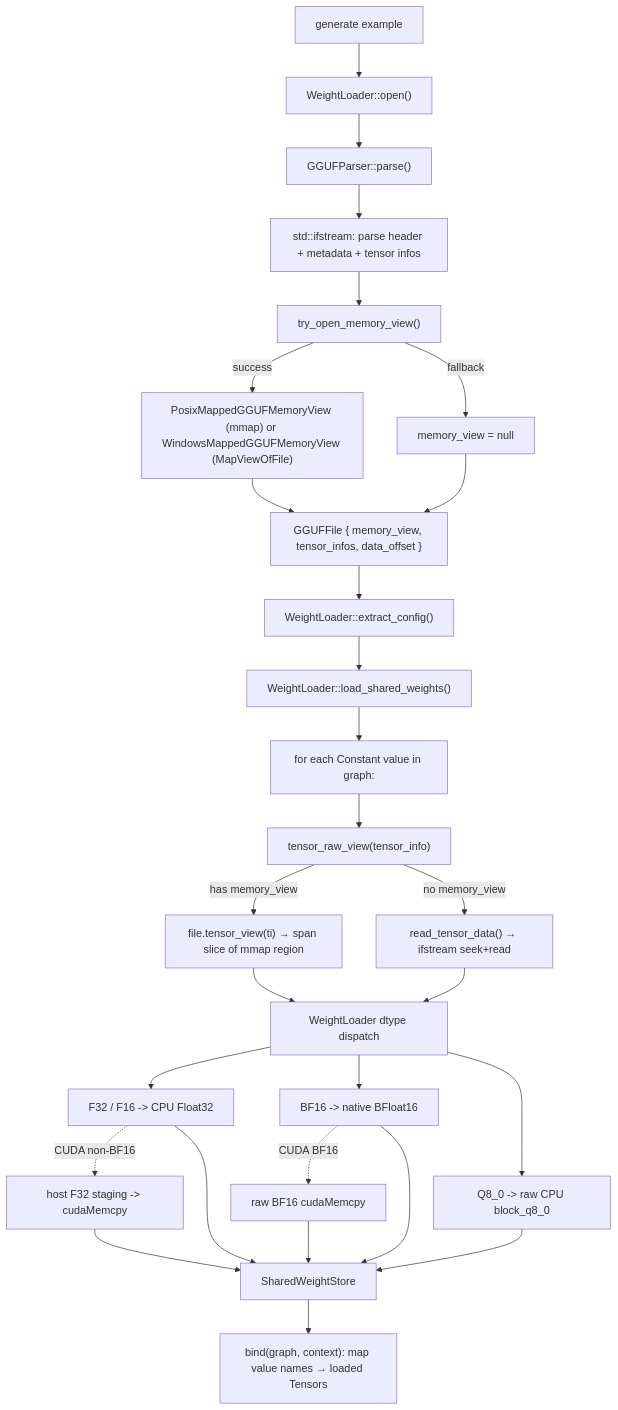
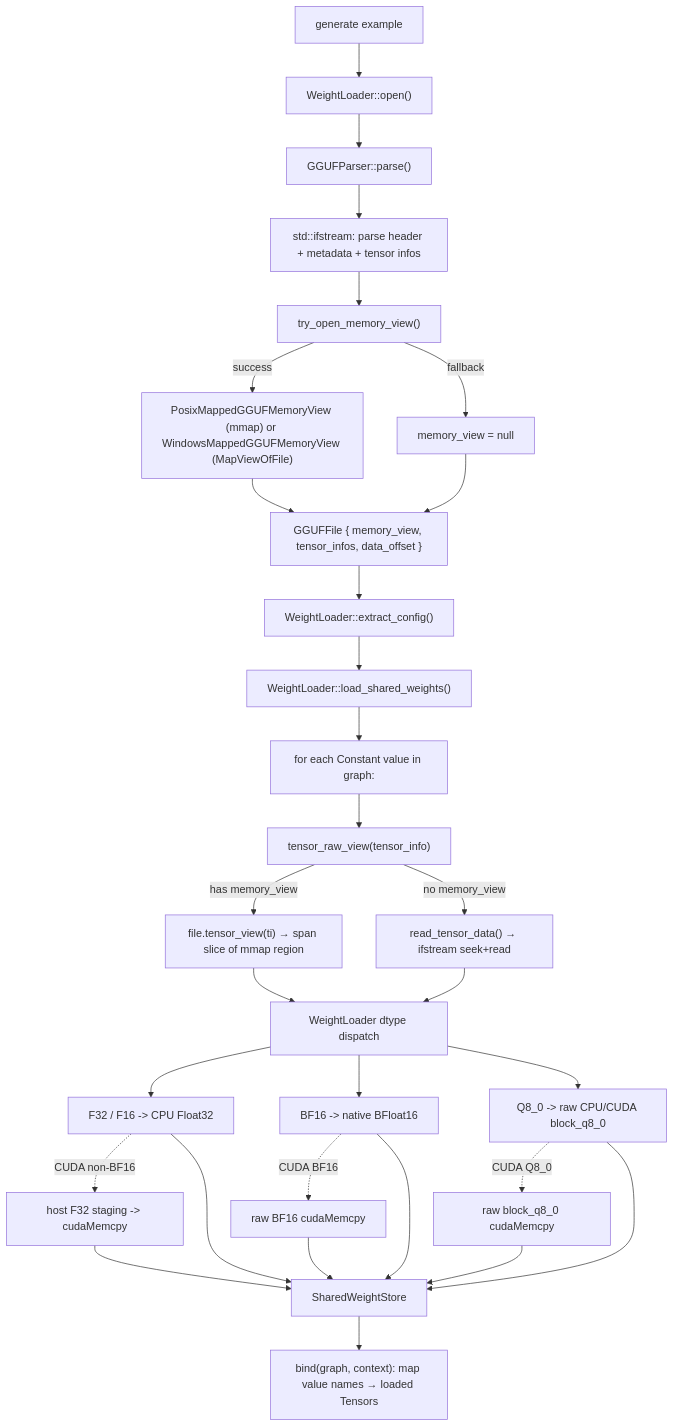
The first of 6 diagrams in docs/runtime_flows.md (plutoaac/llmengine), drawn with Mermaid before and after one commit. The commit also changed other lines of this file and 13 other files, not shown here.

````diff
--- a/docs/runtime_flows.md
+++ b/docs/runtime_flows.md
@@ -7,33 +7,35 @@
 ```mermaid
 flowchart TD
     User["generate example"] --> WL["WeightLoader::open()"]
     WL --> Parse["GGUFParser::parse()"]
     Parse --> StreamRead["std::ifstream: parse header + metadata + tensor infos"]
     StreamRead --> Mmap["try_open_memory_view()"]
     Mmap -->|success| MV["PosixMappedGGUFMemoryView (mmap) or WindowsMappedGGUFMemoryView (MapViewOfFile)"]
     Mmap -->|fallback| NoMmap["memory_view = null"]
     MV --> GGUFFile["GGUFFile { memory_view, tensor_infos, data_offset }"]
     NoMmap --> GGUFFile
 
     GGUFFile --> Config["WeightLoader::extract_config()"]
     Config --> LoadWeights["WeightLoader::load_shared_weights()"]
 
     LoadWeights --> Loop["for each Constant value in graph:"]
     Loop --> TensorRaw["tensor_raw_view(tensor_info)"]
     TensorRaw -->|has memory_view| ViewSlice["file.tensor_view(ti) → span slice of mmap region"]
     TensorRaw -->|no memory_view| Fallback["read_tensor_data() → ifstream seek+read"]
     ViewSlice --> DTypeDispatch["WeightLoader dtype dispatch"]
     Fallback --> DTypeDispatch
     DTypeDispatch --> F32["F32 / F16 -> CPU Float32"]
     DTypeDispatch --> BF16["BF16 -> native BFloat16"]
-    DTypeDispatch --> Q8["Q8_0 -> raw CPU block_q8_0"]
+    DTypeDispatch --> Q8["Q8_0 -> raw CPU/CUDA block_q8_0"]
     F32 -. "CUDA non-BF16" .-> CudaF32["host F32 staging -> cudaMemcpy"]
     BF16 -. "CUDA BF16" .-> CudaBF16["raw BF16 cudaMemcpy"]
+    Q8 -. "CUDA Q8_0" .-> CudaQ8["raw block_q8_0 cudaMemcpy"]
     F32 --> Store["SharedWeightStore"]
     BF16 --> Store
     Q8 --> Store
     CudaF32 --> Store
     CudaBF16 --> Store
+    CudaQ8 --> Store
 
     Store --> Bind["bind(graph, context): map value names → loaded Tensors"]
 ```
````
